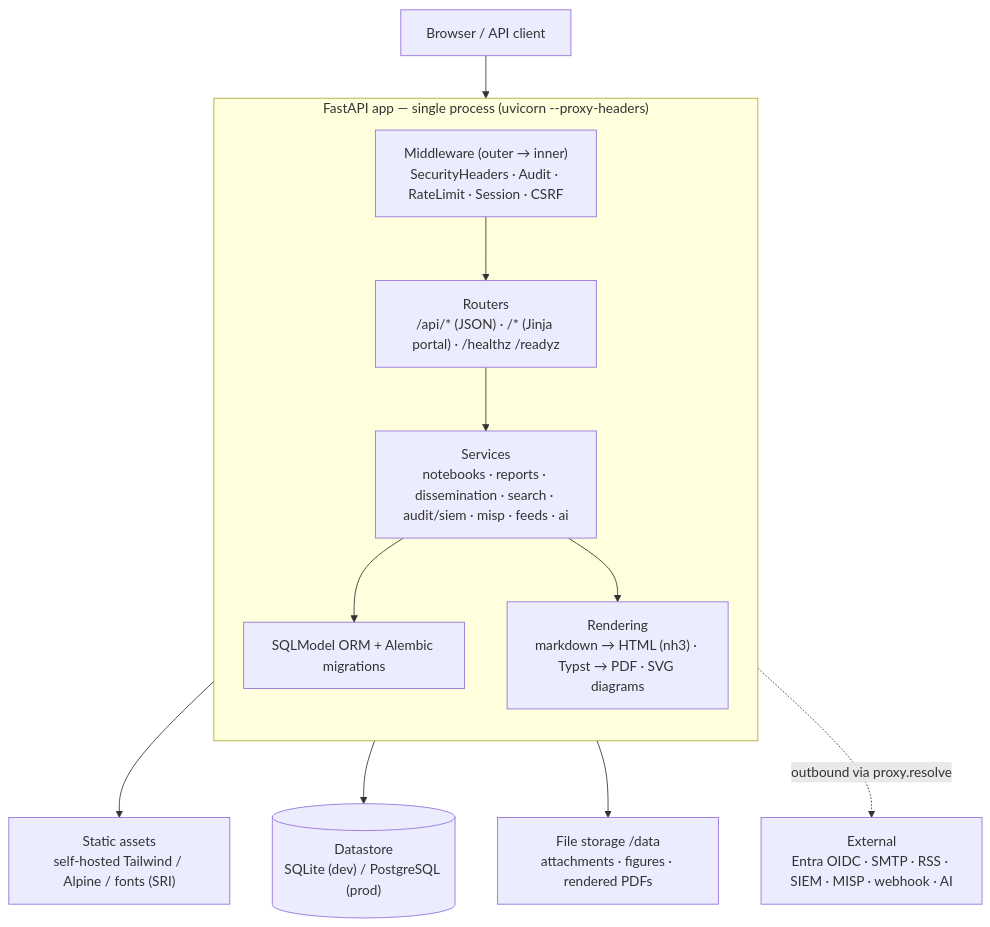
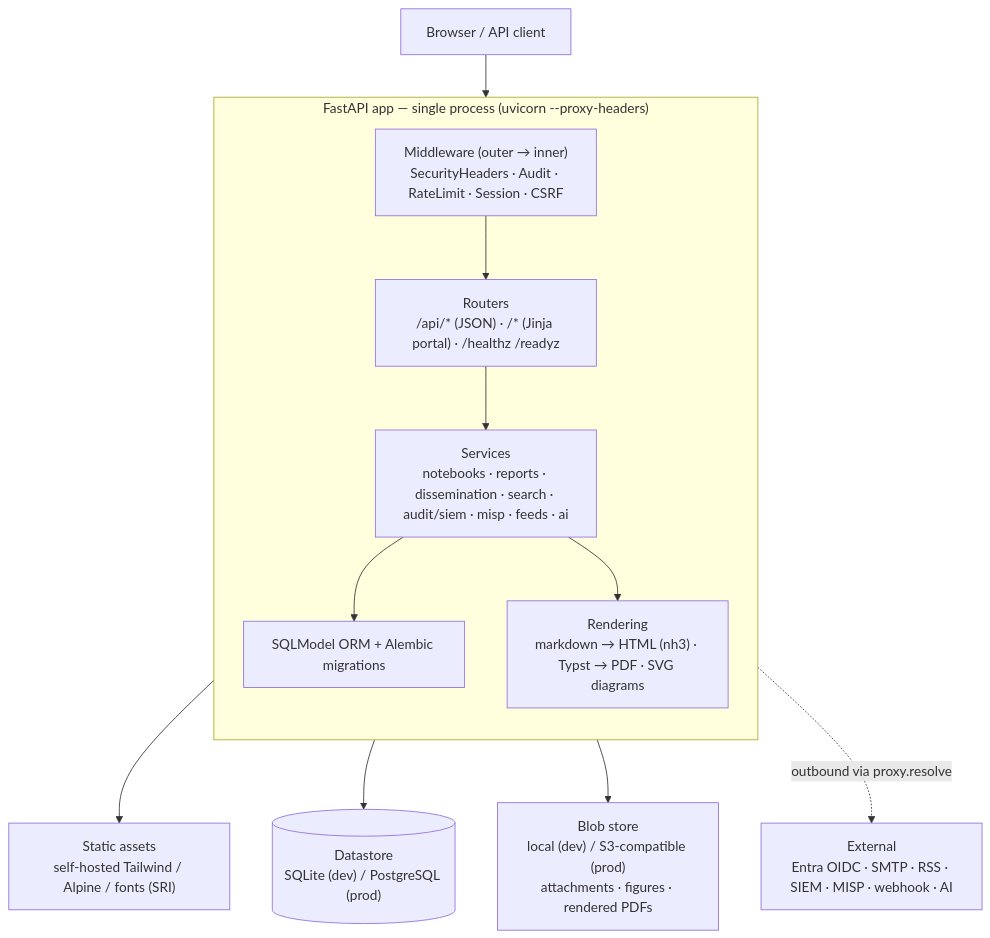
The first of 4 diagrams in README.md (IcebergAI/IcebergCTI), drawn with Mermaid before and after one commit. The commit also changed other lines of this file and 58 other files, not shown here.

````diff
--- a/README.md
+++ b/README.md
@@ -663,21 +678,21 @@
 ```mermaid
 flowchart TB
   Client["Browser / API client"]
   Client --> MW
 
   subgraph app["FastAPI app — single process (uvicorn --proxy-headers)"]
     direction TB
     MW["Middleware (outer → inner)<br/>SecurityHeaders · Audit · RateLimit · Session · CSRF"]
     Routers["Routers<br/>/api/* (JSON) · /* (Jinja portal) · /healthz /readyz"]
     Services["Services<br/>notebooks · reports · dissemination · search · audit/siem · misp · feeds · ai"]
     Render["Rendering<br/>markdown → HTML (nh3) · Typst → PDF · SVG diagrams"]
     ORM["SQLModel ORM + Alembic migrations"]
     MW --> Routers --> Services --> ORM
     Services --> Render
   end
 
   Routers --> Static["Static assets<br/>self-hosted Tailwind / Alpine / fonts (SRI)"]
   ORM --> DB[("Datastore<br/>SQLite (dev) / PostgreSQL (prod)")]
-  Render --> FS["File storage /data<br/>attachments · figures · rendered PDFs"]
+  Render --> Blob["Blob store<br/>local (dev) / S3-compatible (prod)<br/>attachments · figures · rendered PDFs"]
   Services -. "outbound via proxy.resolve" .-> Ext["External<br/>Entra OIDC · SMTP · RSS · SIEM · MISP · webhook · AI"]
 ```
````
